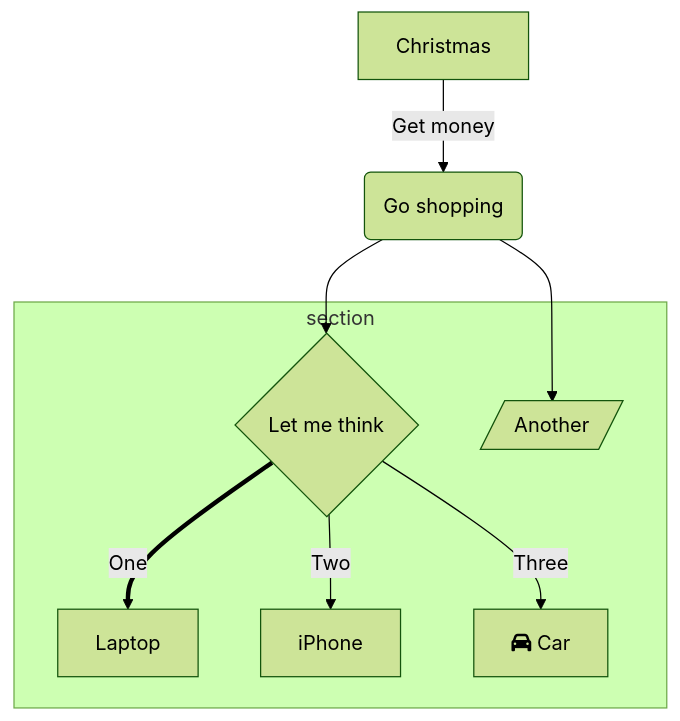
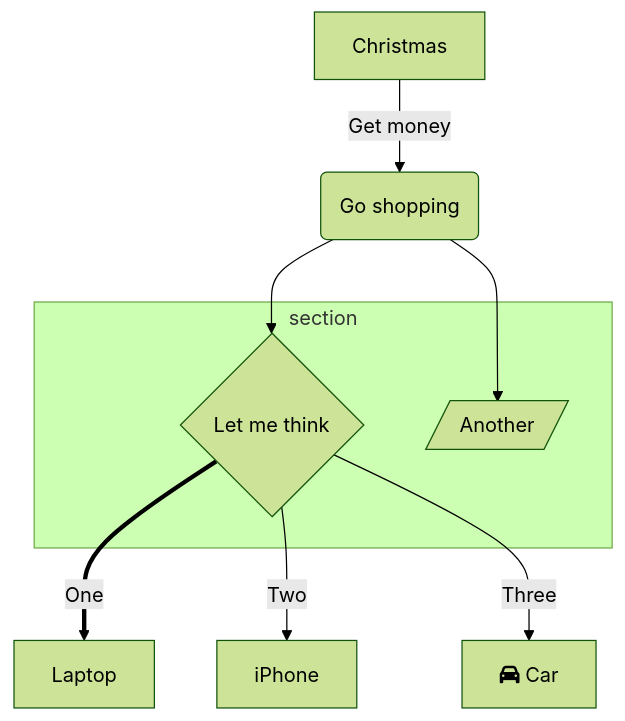
One commit to taontech/www changed the fifth of 5 diagrams in taon.top/content/post/even-theme-show.md. Above: the diagram before and after it, drawn with Mermaid. The commit also changed other lines of this file and 4 other files, not shown here.

Commit message:
custem theme of mermaid

````diff
--- a/taon.top/content/post/even-theme-show.md
+++ b/taon.top/content/post/even-theme-show.md
@@ -67,17 +91,14 @@
-``` mermaid
+```mermaid
 %%{init: {'theme': 'forest' } }%%
         graph TD
           A[Christmas] -->|Get money| B(Go shopping)
           B --> C{Let me think}
           B --> G[/Another/]
           C ==>|One| D[Laptop]
           C -->|Two| E[iPhone]
           C -->|Three| F[fa:fa-car Car]
           subgraph section
             C
-            D
-            E
-            F
             G
           end
 ```
````
